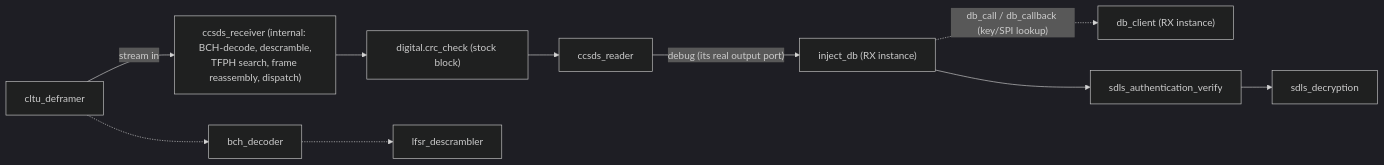
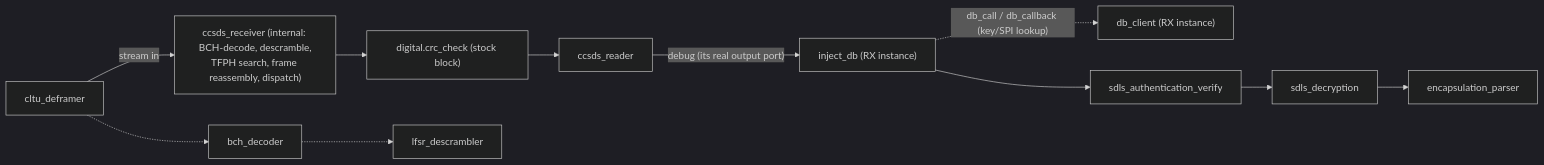
One commit to aris-space/soarr-groundstation-gnuradio changed the second of 2 diagrams in docs/architecture.md. Above: the diagram before and after it, drawn with Mermaid (dark theme). The commit also changed other lines of this file and 14 other files, not shown here.

````diff
--- a/docs/architecture.md
+++ b/docs/architecture.md
@@ -69,25 +69,27 @@
 ```mermaid
 flowchart LR
     cltuDeframer["cltu_deframer"]
     ccsdsReceiver["ccsds_receiver (internal: BCH-decode, descramble,<br/>TFPH search, frame reassembly, dispatch)"]
     crcCheck["digital.crc_check (stock block)"]
     ccsdsReader["ccsds_reader"]
     InjectdbRx["inject_db (RX instance)"]
     dbClientRx["db_client (RX instance)"]
     sdlsAuthenticationVerify["sdls_authentication_verify"]
     sdlsDecryption["sdls_decryption"]
+    encapsulationParser["encapsulation_parser"]
 
     bchDecoder["bch_decoder"]
     lfsrDescrambler["lfsr_descrambler"]
 
     cltuDeframer -- stream in --> ccsdsReceiver
     ccsdsReceiver --> crcCheck
     crcCheck --> ccsdsReader
     ccsdsReader -- "debug (its real output port)" --> InjectdbRx
     InjectdbRx -. "db_call / db_callback (key/SPI lookup)" .-> dbClientRx
     InjectdbRx --> sdlsAuthenticationVerify
     sdlsAuthenticationVerify --> sdlsDecryption
+    sdlsDecryption --> encapsulationParser
 
     cltuDeframer -.-> bchDecoder
     bchDecoder -.-> lfsrDescrambler
 ```
````
